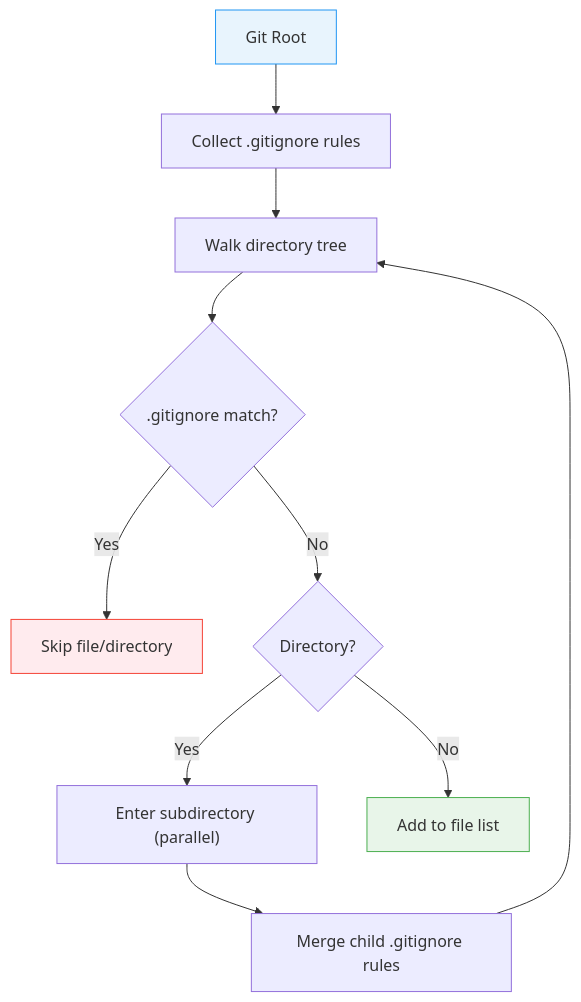
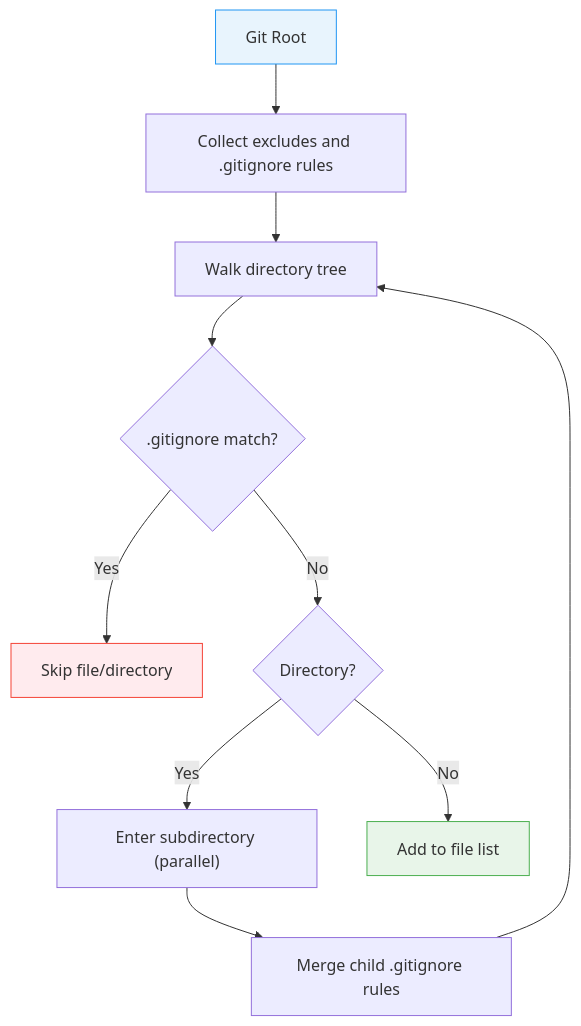
The diagram in internal/llmsdocs/embed/pages/guides/architecture/discovery.md (datamitsu/datamitsu), drawn with Mermaid before and after one commit. The commit also changed other lines of this file and 15 other files, not shown here.

````diff
--- a/internal/llmsdocs/embed/pages/guides/architecture/discovery.md
+++ b/internal/llmsdocs/embed/pages/guides/architecture/discovery.md
@@ -26,16 +26,16 @@
 ```mermaid
 graph TD
-    R["Git Root"] --> G["Collect .gitignore rules"]
+    R["Git Root"] --> G["Collect excludes and .gitignore rules"]
     G --> W["Walk directory tree"]
     W --> C{".gitignore match?"}
     C -->|"Yes"| S["Skip file/directory"]
     C -->|"No"| D{"Directory?"}
     D -->|"Yes"| N["Enter subdirectory (parallel)"]
     D -->|"No"| F["Add to file list"]
     N --> G2["Merge child .gitignore rules"]
     G2 --> W
 
     style R fill:#e8f4fd,stroke:#2196f3
     style S fill:#ffebee,stroke:#f44336
     style F fill:#e8f5e9,stroke:#4caf50
 ```
````
